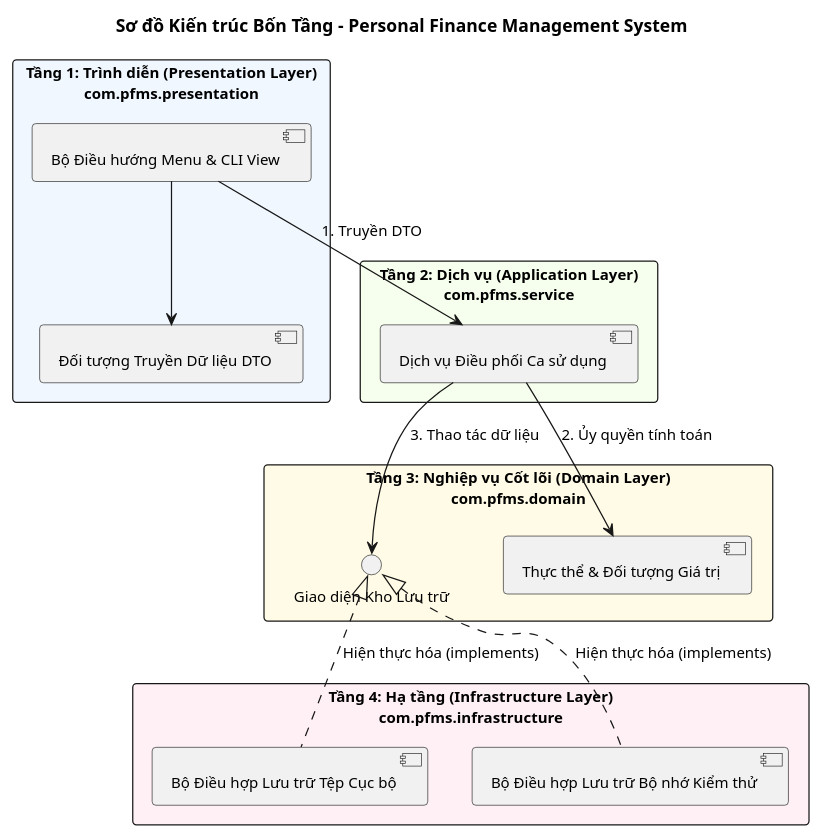
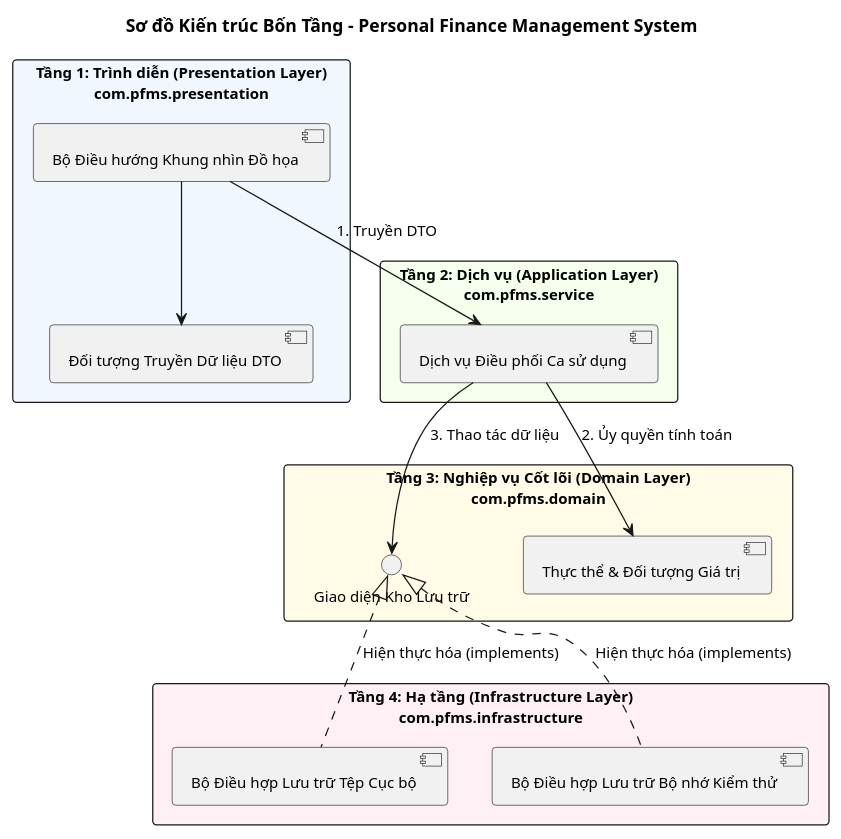
One commit to mynhleeh/pfms-oop changed the first of 2 diagrams in docs/object-oriented-design/01-kien-truc-he-thong-va-phan-tang.md. Above: the diagram before and after it, drawn with PlantUML. The commit also changed other lines of this file and 9 other files, not shown here.

````diff
--- a/docs/object-oriented-design/01-kien-truc-he-thong-va-phan-tang.md
+++ b/docs/object-oriented-design/01-kien-truc-he-thong-va-phan-tang.md
@@ -39,41 +39,41 @@
 ```plantuml
 @startuml
 title Sơ đồ Kiến trúc Bốn Tầng - Personal Finance Management System
 
 top to bottom direction
 skinparam packageStyle rectangle
 skinparam componentStyle uml2
 skinparam shadowing false
 skinparam roundcorner 6
 skinparam defaultFontName Arial
 skinparam defaultFontSize 12
 
 package "Tầng 1: Trình diễn (Presentation Layer)\ncom.pfms.presentation" as L1 #F0F7FF {
-    [Bộ Điều hướng Menu & CLI View] as CLI
+    [Bộ Điều hướng Khung nhìn Đồ họa] as GUI
     [Đối tượng Truyền Dữ liệu DTO] as DTO
-    CLI -down-> DTO
+    GUI -down-> DTO
 }
 
 package "Tầng 2: Dịch vụ (Application Layer)\ncom.pfms.service" as L2 #F6FFED {
     [Dịch vụ Điều phối Ca sử dụng] as Service
 }
 
 package "Tầng 3: Nghiệp vụ Cốt lõi (Domain Layer)\ncom.pfms.domain" as L3 #FFFBE6 {
     [Thực thể & Đối tượng Giá trị] as Domain
     interface "Giao diện Kho Lưu trữ" as RepoInterface
 }
 
 package "Tầng 4: Hạ tầng (Infrastructure Layer)\ncom.pfms.infrastructure" as L4 #FFF0F6 {
     [Bộ Điều hợp Lưu trữ Tệp Cục bộ] as FileRepo
     [Bộ Điều hợp Lưu trữ Bộ nhớ Kiểm thử] as MemoryRepo
 }
 
-CLI -down-> Service : 1. Truyền DTO
+GUI -down-> Service : 1. Truyền DTO
 Service -down-> Domain : 2. Ủy quyền tính toán
 Service -down-> RepoInterface : 3. Thao tác dữ liệu
 
 FileRepo .up.|> RepoInterface : Hiện thực hóa (implements)
 MemoryRepo .up.|> RepoInterface : Hiện thực hóa (implements)
 
 @enduml
 ```
````
